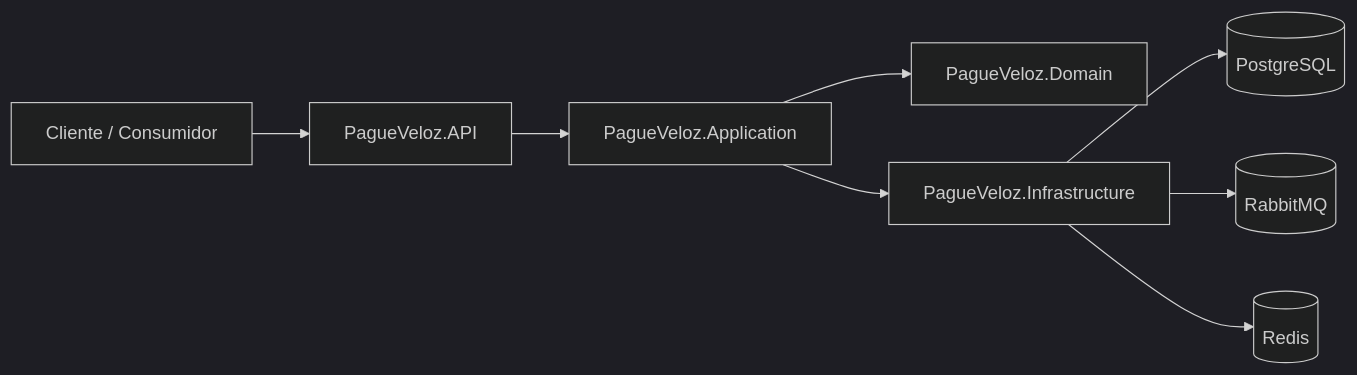
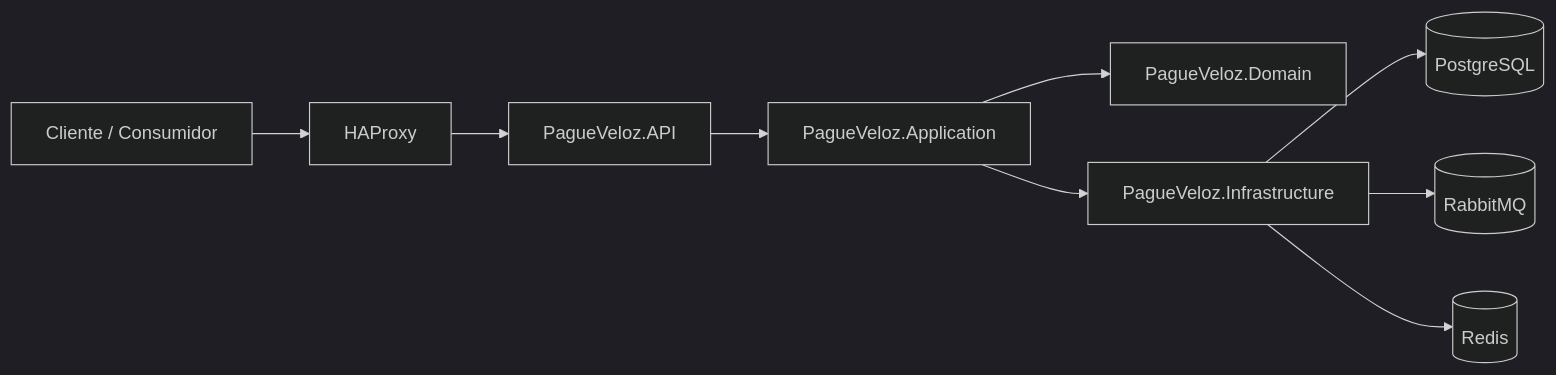
The first of 2 diagrams in .github/.md/README.pt-br.md (diogomassis/pagueveloz), drawn with Mermaid (dark theme) before and after one commit. The commit also changed other lines of this file and 1 other file, not shown here.

Commit message:
docs: update architecture diagrams to include HAProxy in request flow

````diff
--- a/.github/.md/README.pt-br.md
+++ b/.github/.md/README.pt-br.md
@@ -69,10 +69,11 @@
 ```mermaid
 flowchart LR
- Client[Cliente / Consumidor] --> API[PagueVeloz.API]
+ Client[Cliente / Consumidor] --> HAP[HAProxy]
+ HAP --> API[PagueVeloz.API]
  API --> App[PagueVeloz.Application]
  App --> Domain[PagueVeloz.Domain]
  App --> Infra[PagueVeloz.Infrastructure]
  Infra --> DB[(PostgreSQL)]
  Infra --> MQ[(RabbitMQ)]
  Infra --> Cache[(Redis)]
 ```
````
